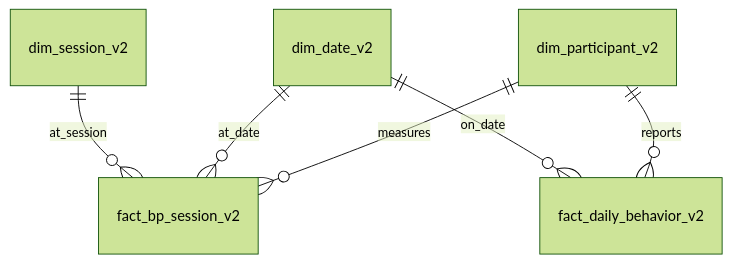
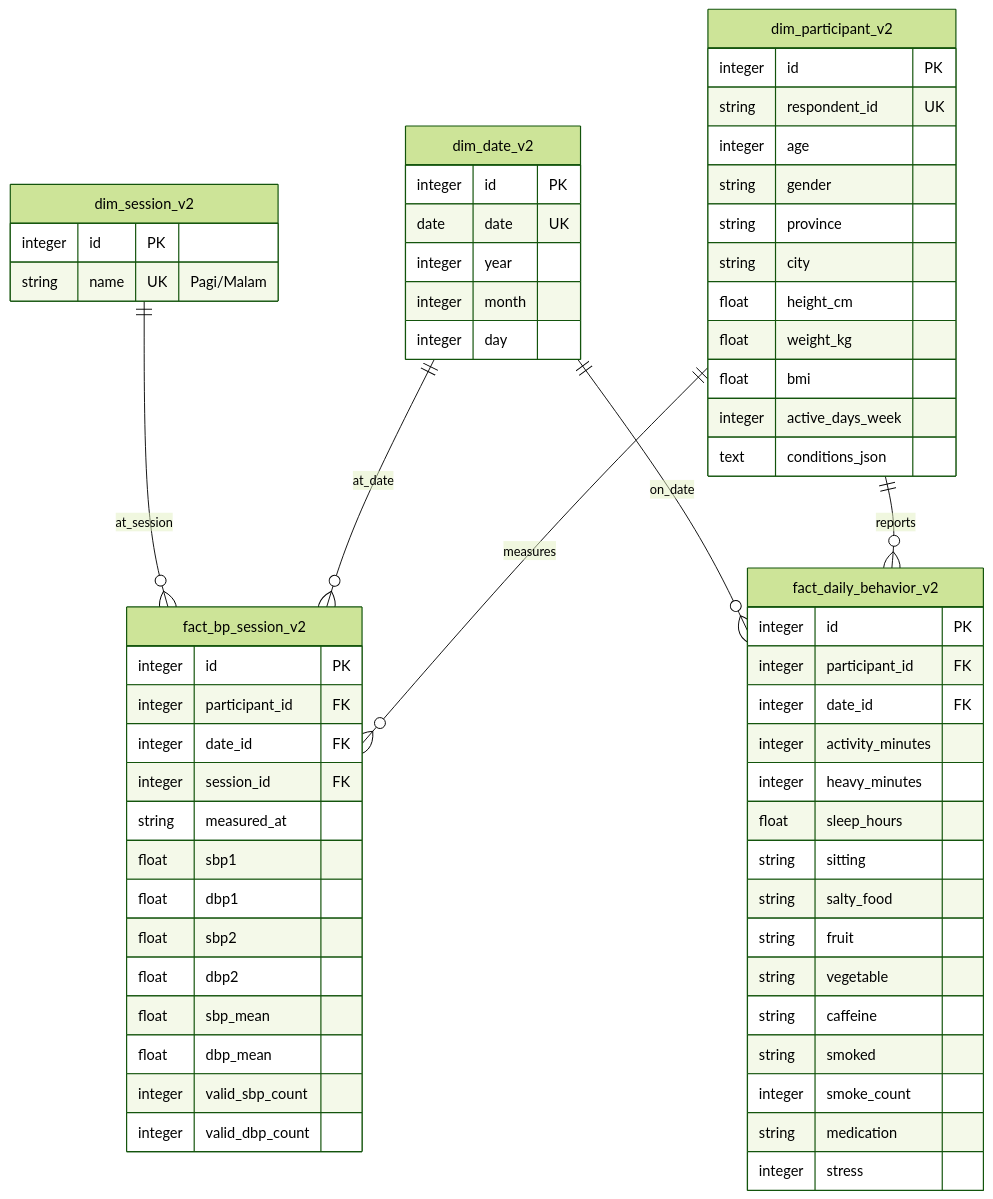
One commit to hugosmrgkr/Tension-dashboard changed the diagram in docs/ERD.md. Above: the diagram before and after it, drawn with Mermaid (forest theme). The commit also changed other lines of this file and 168 other files, not shown here.

````diff
--- a/docs/ERD.md
+++ b/docs/ERD.md
@@ -3,8 +3,64 @@
 ```mermaid
 erDiagram
     dim_participant_v2 ||--o{ fact_bp_session_v2 : measures
     dim_date_v2 ||--o{ fact_bp_session_v2 : at_date
     dim_session_v2 ||--o{ fact_bp_session_v2 : at_session
     dim_participant_v2 ||--o{ fact_daily_behavior_v2 : reports
     dim_date_v2 ||--o{ fact_daily_behavior_v2 : on_date
+    dim_participant_v2 {
+        integer id PK
+        string respondent_id UK
+        integer age
+        string gender
+        string province
+        string city
+        float height_cm
+        float weight_kg
+        float bmi
+        integer active_days_week
+        text conditions_json
+    }
+    dim_date_v2 {
+        integer id PK
+        date date UK
+        integer year
+        integer month
+        integer day
+    }
+    dim_session_v2 {
+        integer id PK
+        string name UK "Pagi/Malam"
+    }
+    fact_bp_session_v2 {
+        integer id PK
+        integer participant_id FK
+        integer date_id FK
+        integer session_id FK
+        string measured_at
+        float sbp1
+        float dbp1
+        float sbp2
+        float dbp2
+        float sbp_mean
+        float dbp_mean
+        integer valid_sbp_count
+        integer valid_dbp_count
+    }
+    fact_daily_behavior_v2 {
+        integer id PK
+        integer participant_id FK
+        integer date_id FK
+        integer activity_minutes
+        integer heavy_minutes
+        float sleep_hours
+        string sitting
+        string salty_food
+        string fruit
+        string vegetable
+        string caffeine
+        string smoked
+        integer smoke_count
+        string medication
+        integer stress
+    }
 ```
````
